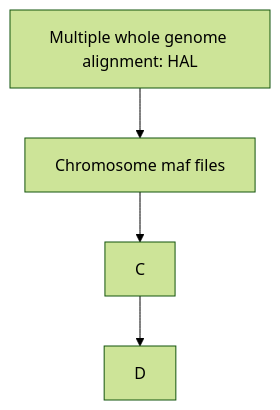
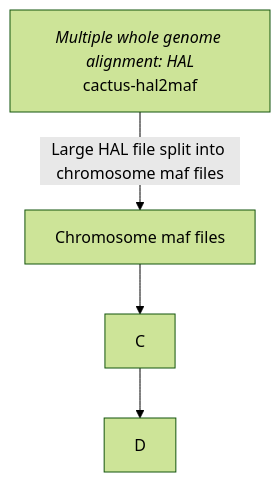
The diagram in README.md (mileswhedbee/RERconverge_pipeline), drawn with Mermaid (forest theme) before and after one commit.

````diff
--- a/README.md
+++ b/README.md
@@ -6,6 +6,7 @@
 ```mermaid
 graph TD;
-    A[Multiple whole genome alignment: HAL]-->B[Chromosome maf files];
+    A["`_Multiple whole genome alignment: HAL_
+       cactus-hal2maf`"]--Large HAL file split into chromosome maf files-->B[Chromosome maf files];
     B-->C;
     C-->D;
 ```
````
